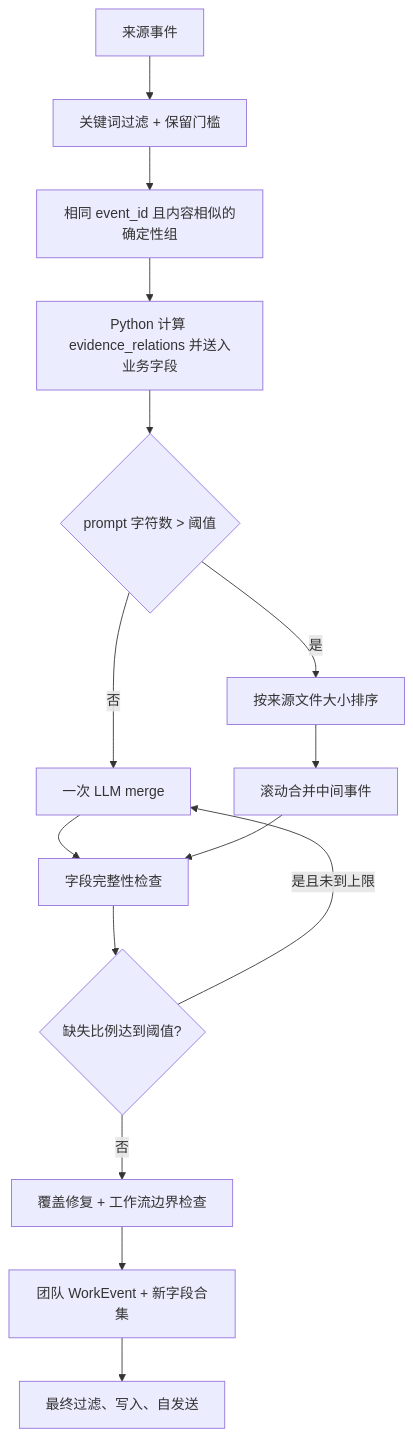
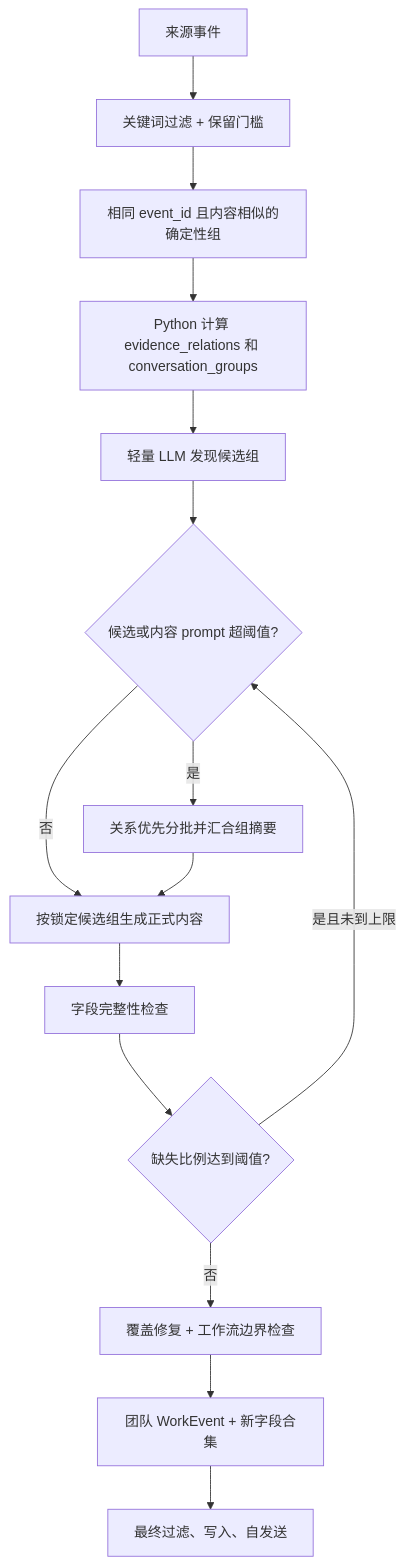
One commit to sunweisheng/WorkTrace changed the fourth of 4 diagrams in docs/detailed-design.md. Above: the diagram before and after it, drawn with Mermaid. The commit also changed other lines of this file and 33 other files, not shown here.

Commit message:
feat: improve merge evidence and LLM diagnostics

````diff
--- a/docs/detailed-design.md
+++ b/docs/detailed-design.md
@@ -289,17 +289,17 @@
 ```mermaid
 flowchart TD
     A["来源事件"] --> B["关键词过滤 + 保留门槛"]
     B --> C["相同 event_id 且内容相似的确定性组"]
-    C --> D["Python 计算 evidence_relations 并送入业务字段"]
-    D --> E{"prompt 字符数 > 阈值"}
-    E -->|"否"| F["一次 LLM merge"]
-    E -->|"是"| G["按来源文件大小排序"]
-    G --> H["滚动合并中间事件"]
-    F --> I["字段完整性检查"]
-    H --> I
+    C --> D["Python 计算 evidence_relations 和 conversation_groups"]
+    D --> E["轻量 LLM 发现候选组"]
+    E --> F{"候选或内容 prompt 超阈值?"}
+    F -->|"是"| G["关系优先分批并汇合组摘要"]
+    F -->|"否"| H["按锁定候选组生成正式内容"]
+    G --> H
+    H --> I["字段完整性检查"]
     I --> J{"缺失比例达到阈值?"}
     J -->|"是且未到上限"| F
     J -->|"否"| K["覆盖修复 + 工作流边界检查"]
     K --> L["团队 WorkEvent + 新字段合集"]
     L --> M["最终过滤、写入、自发送"]
 ```
````
